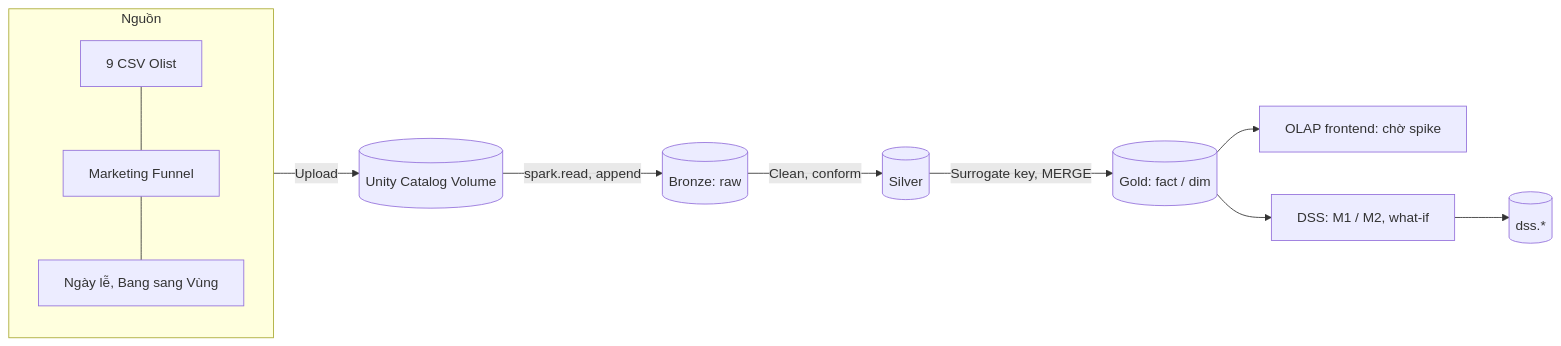
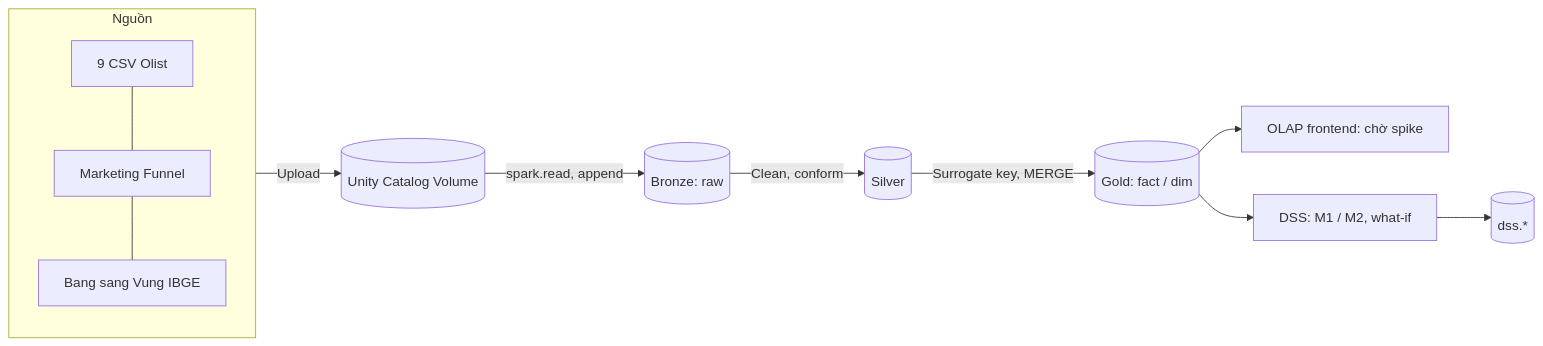
One commit to toann1405/olist-dw-dss changed the first of 2 diagrams in docs/SPEC.md. Above: the diagram before and after it, drawn with Mermaid. The commit also changed other lines of this file and 7 other files, not shown here.

````diff
--- a/docs/SPEC.md
+++ b/docs/SPEC.md
@@ -139,13 +138,13 @@
 ```mermaid
 flowchart LR
   subgraph S[Nguồn]
-    A1[9 CSV Olist] --- A2[Marketing Funnel] --- A3[Ngày lễ, Bang sang Vùng]
+    A1[9 CSV Olist] --- A2[Marketing Funnel] --- A3[Bang sang Vung IBGE]
   end
   S -->|Upload| V[(Unity Catalog Volume)]
   V -->|spark.read, append| B[(Bronze: raw)]
   B -->|Clean, conform| SI[(Silver)]
   SI -->|Surrogate key, MERGE| G[(Gold: fact / dim)]
   G --> OL[OLAP frontend: chờ spike]
   G --> DSS[DSS: M1 / M2, what-if]
   DSS --> DL[(dss.*)]
 ```
````
